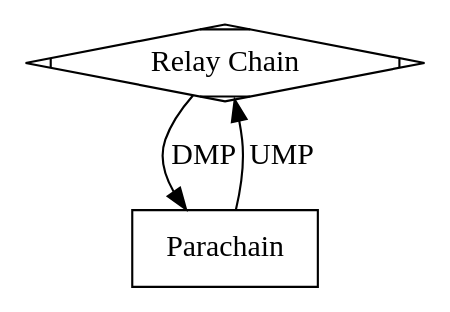
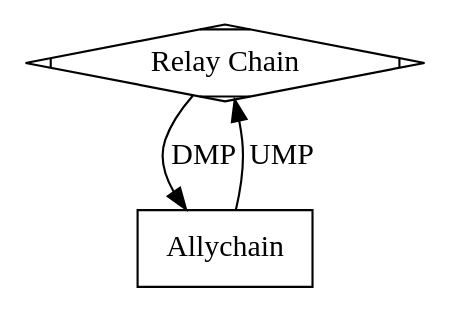
Before and after one commit to AXIA-DEV/axia: the first of 2 diagrams in roadmap/implementers-guide/src/messaging.md, drawn with Graphviz. The commit also changed other lines of this file and 709 other files, not shown here.

````diff
--- a/roadmap/implementers-guide/src/messaging.md
+++ b/roadmap/implementers-guide/src/messaging.md
@@ -10,9 +10,9 @@
 ```dot process
 digraph {
     rc [shape=Mdiamond label="Relay Chain"];
-    p1 [shape=box label = "Parachain"];
+    p1 [shape=box label = "Allychain"];
 
     rc -> p1 [label="DMP"];
     p1 -> rc [label="UMP"];
 }
 ```
````
